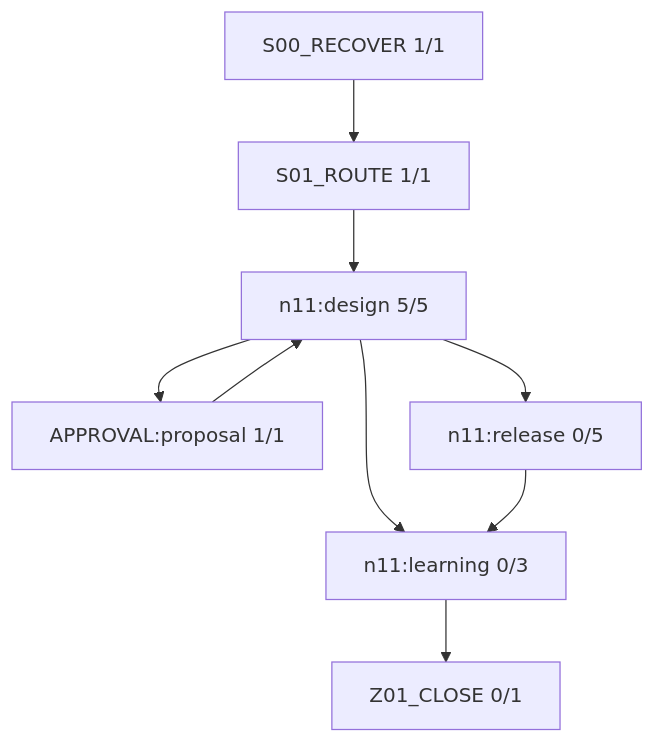
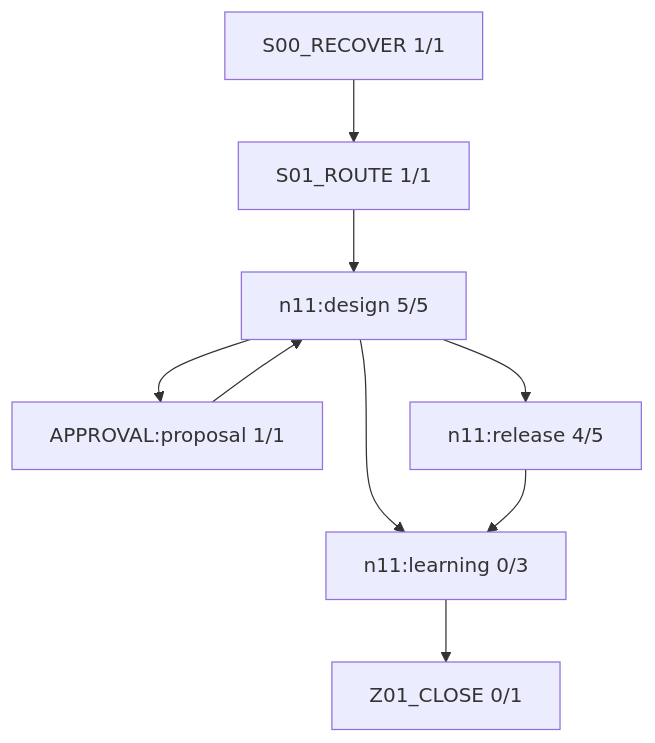
The diagram in work/items/W-MATH-038-transformation-groups/generated/FIRE_DIAGRAM.md (rrikunagasige-dot/kyotsu-step-web), drawn with Mermaid before and after one commit. The commit also changed other lines of this file and 107 other files, not shown here.

````diff
--- a/work/items/W-MATH-038-transformation-groups/generated/FIRE_DIAGRAM.md
+++ b/work/items/W-MATH-038-transformation-groups/generated/FIRE_DIAGRAM.md
@@ -5,18 +5,18 @@
 ```mermaid
 flowchart TD
   N0["S00_RECOVER 1/1"]
   N1["S01_ROUTE 1/1"]
   N2["n11:design 5/5"]
   N3["APPROVAL:proposal 1/1"]
-  N4["n11:release 0/5"]
+  N4["n11:release 4/5"]
   N5["n11:learning 0/3"]
   N6["Z01_CLOSE 0/1"]
   N3 --> N2
   N0 --> N1
   N1 --> N2
   N2 --> N3
   N2 --> N5
   N2 --> N4
   N5 --> N6
   N4 --> N5
 ```
````
